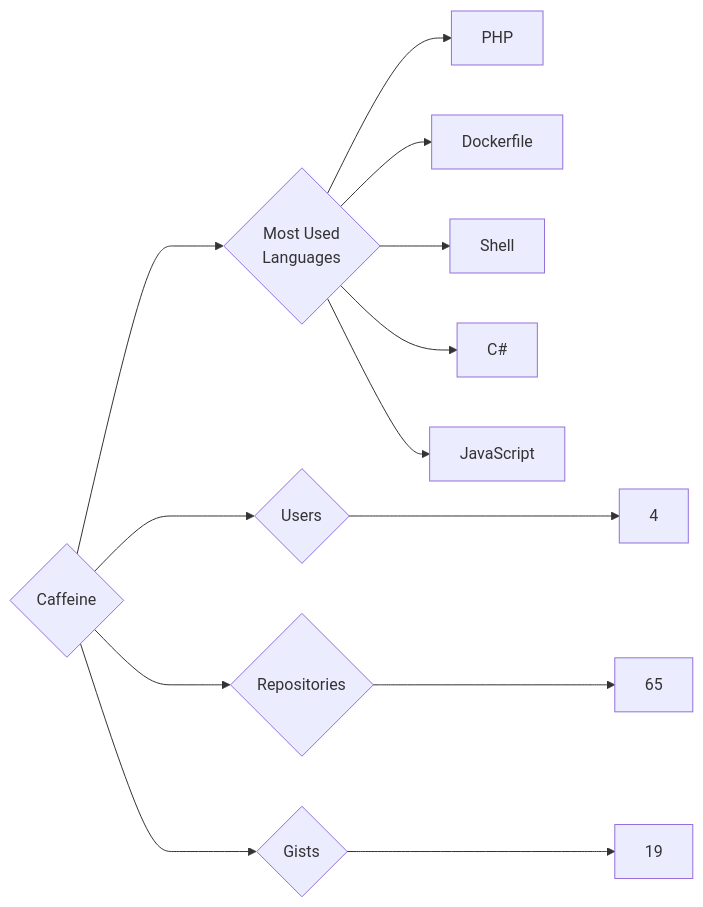
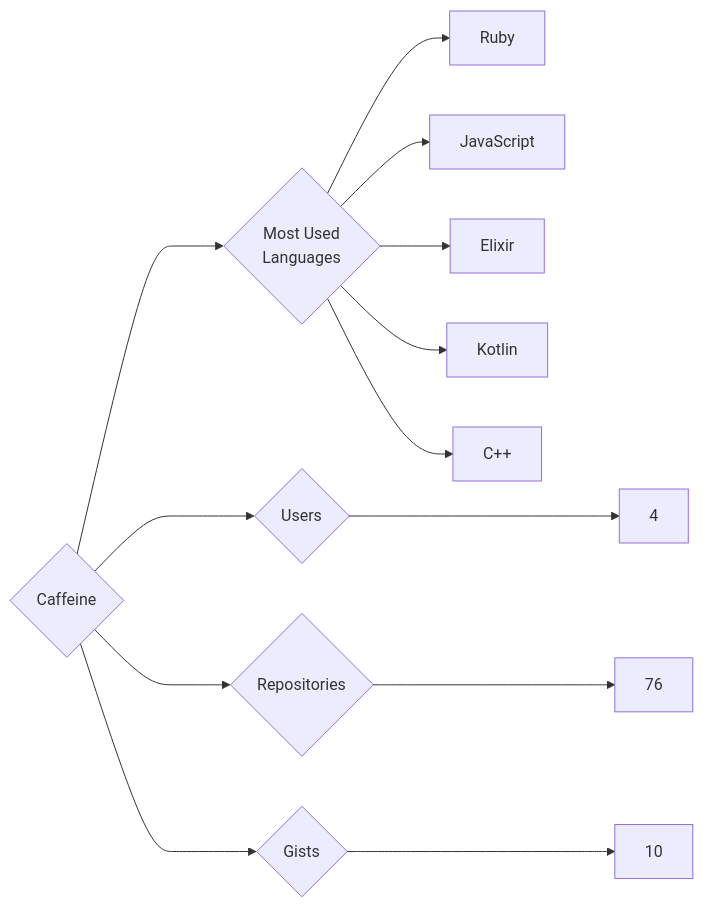
One commit to trickest/insiders changed the diagram in targets/Caffeine/README.md. Above: the diagram before and after it, drawn with Mermaid. The commit also changed 1149 other files, not shown here.

````diff
--- a/targets/Caffeine/README.md
+++ b/targets/Caffeine/README.md
@@ -3,13 +3,13 @@
 ```mermaid
 graph LR
 COMPANY_NAME{Caffeine}
 COMPANY_NAME ---> U{Users} ---> UN[4]
-COMPANY_NAME ---> R{Repositories} ---> RN[65]
-COMPANY_NAME ---> G{Gists} ---> GN[19]
+COMPANY_NAME ---> R{Repositories} ---> RN[76]
+COMPANY_NAME ---> G{Gists} ---> GN[10]
 COMPANY_NAME ---> ML{Most Used<br>Languages}
-ML --> PHP[PHP]
-ML --> Dockerfile[Dockerfile]
-ML --> Shell[Shell]
-ML --> C#[C#]
+ML --> Ruby[Ruby]
 ML --> JavaScript[JavaScript]
+ML --> Elixir[Elixir]
+ML --> Kotlin[Kotlin]
+ML --> C++[C++]
 ```
````
